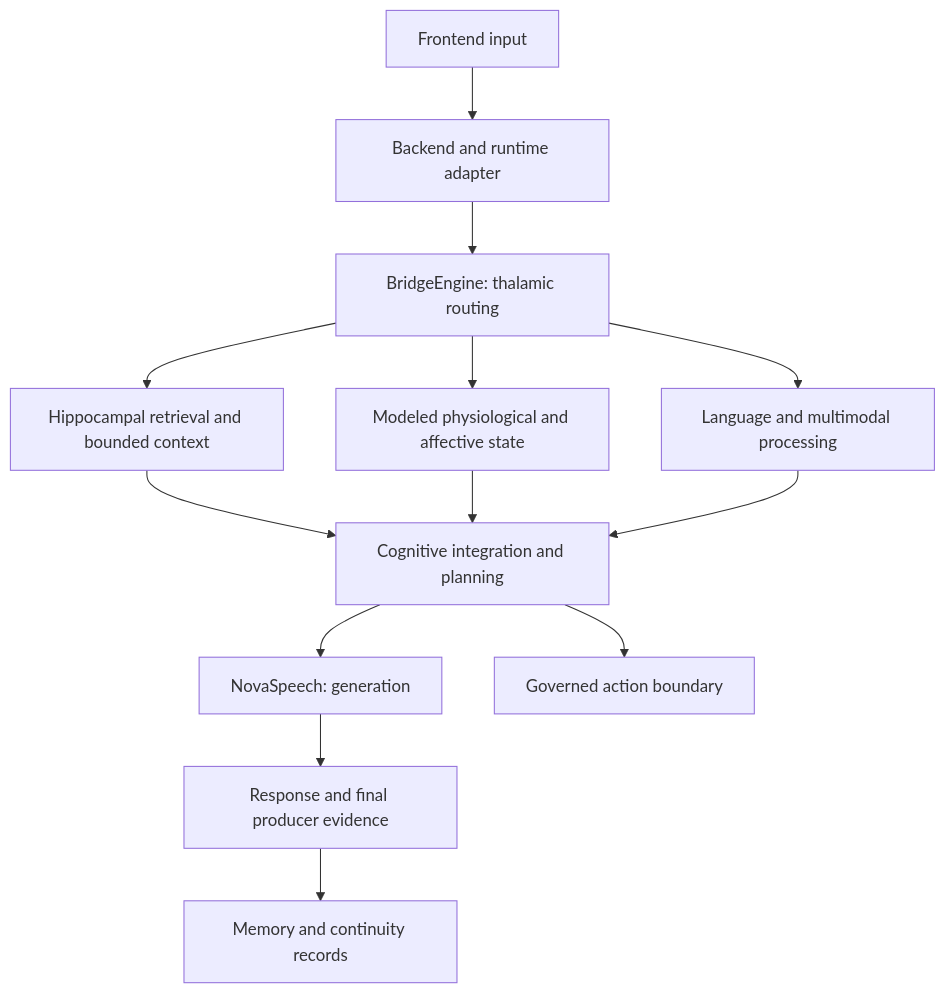
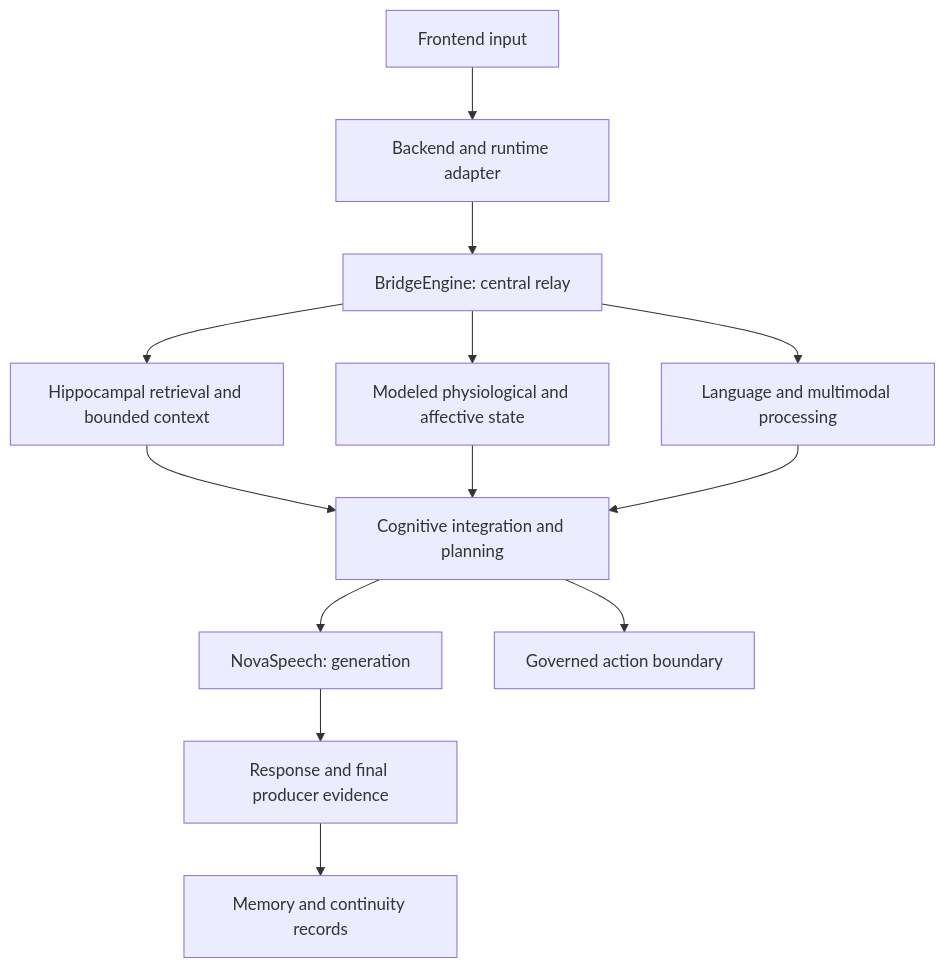
Before and after one commit to Hello-Many/NovaLiveSystem-RnD: the diagram in architecture_overview.md, drawn with Mermaid. The commit also changed other lines of this file and 2 other files, not shown here.

Commit message:
docs: reconcile BridgeEngine relay role and historical anatomy labels

````diff
--- a/architecture_overview.md
+++ b/architecture_overview.md
@@ -31,15 +36,15 @@
 ```mermaid
 flowchart TD
     User[Frontend input] --> Backend[Backend and runtime adapter]
-    Backend --> Bridge[BridgeEngine: thalamic routing]
+    Backend --> Bridge[BridgeEngine: central relay]
     Bridge --> Memory[Hippocampal retrieval and bounded context]
     Bridge --> State[Modeled physiological and affective state]
     Bridge --> Perception[Language and multimodal processing]
     Memory --> Cognition[Cognitive integration and planning]
     State --> Cognition
     Perception --> Cognition
     Cognition --> Speech[NovaSpeech: generation]
     Speech --> Output[Response and final producer evidence]
     Output --> Continuity[Memory and continuity records]
     Cognition --> Authority[Governed action boundary]
 ```
````
